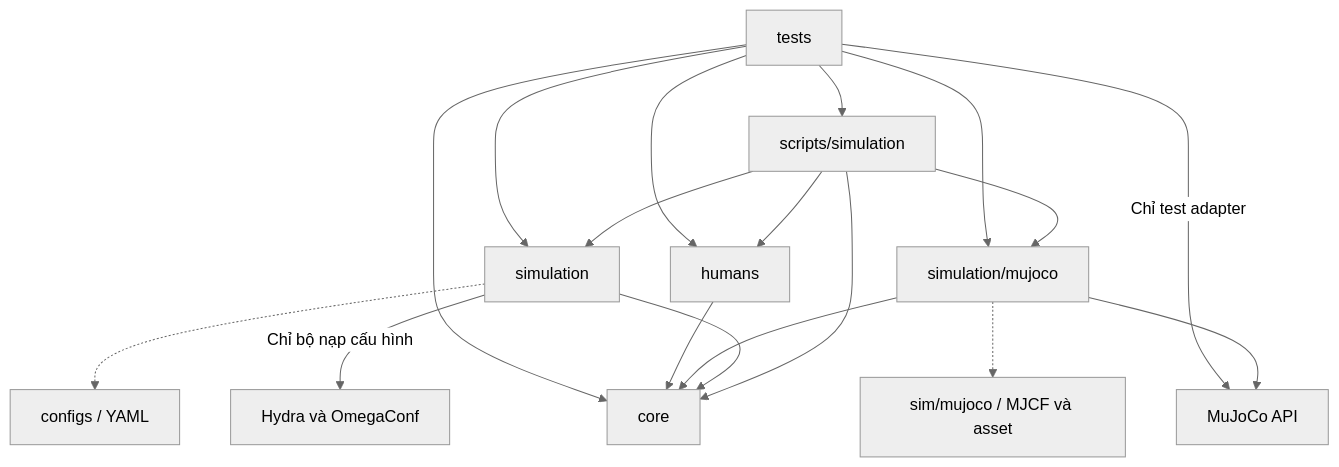
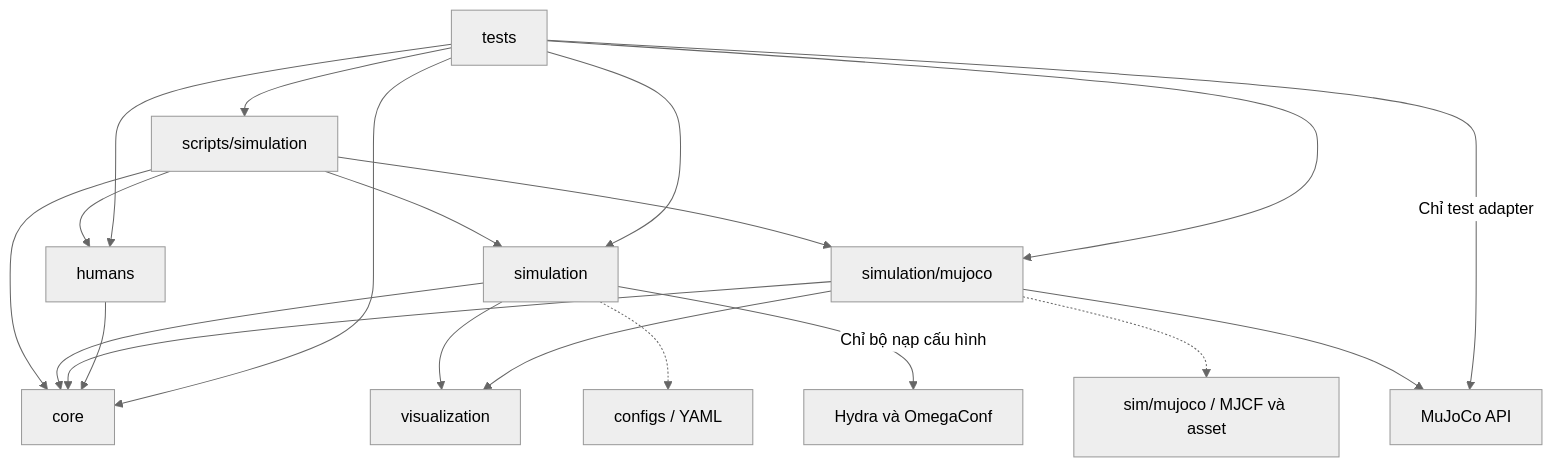
The diagram in docs/architecture/03_DEPENDENCY_RULES.md (CuongBien/DynamuhSim), drawn with Mermaid (neutral theme) before and after one commit. The commit also changed other lines of this file and 72 other files, not shown here.

````diff
--- a/docs/architecture/03_DEPENDENCY_RULES.md
+++ b/docs/architecture/03_DEPENDENCY_RULES.md
@@ -5,20 +5,22 @@
 ```mermaid
 flowchart TD
     Entry["scripts/simulation"] --> Sim["simulation"]
     Entry --> Adapter["simulation/mujoco"]
     Entry --> Humans["humans"]
     Entry --> Core
     Sim --> Core["core"]
+    Sim --> Visual["visualization"]
     Adapter --> Core
+    Adapter --> Visual
     Humans --> Core
     Sim -.-> Configs["configs / YAML"]
     Sim -->|Chỉ bộ nạp cấu hình| Hydra["Hydra và OmegaConf"]
     Adapter -.-> Assets["sim/mujoco / MJCF và asset"]
     Adapter --> MuJoCo["MuJoCo API"]
     Tests["tests"] --> Entry
     Tests --> Core
     Tests --> Sim
     Tests --> Humans
     Tests --> Adapter
     Tests -->|Chỉ test adapter| MuJoCo
 ```
````
